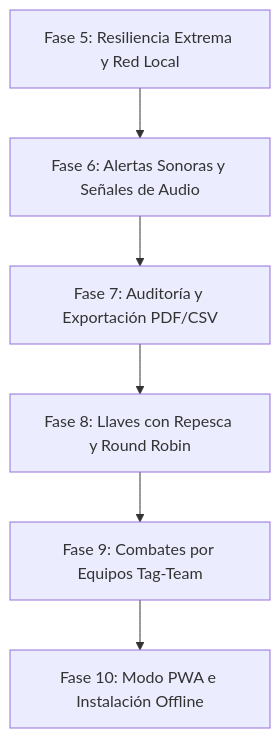
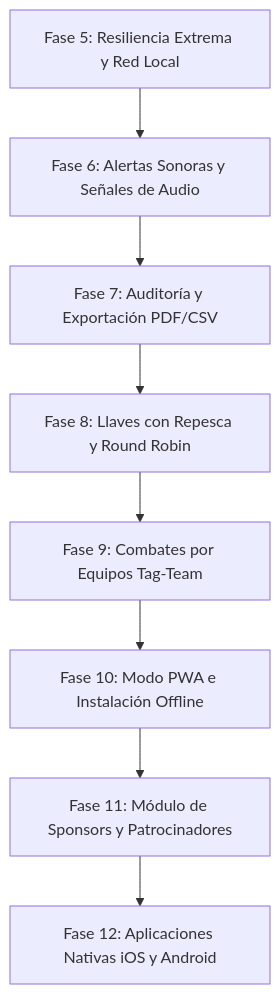
Before and after one commit to nicolassnider/corner-click: the diagram in docs/future-phases-plan.md, drawn with Mermaid. The commit also changed other lines of this file and 9 other files, not shown here.

````diff
--- a/docs/future-phases-plan.md
+++ b/docs/future-phases-plan.md
@@ -9,8 +9,10 @@
 ```mermaid
 graph TD
     F5[Fase 5: Resiliencia Extrema y Red Local] --> F6[Fase 6: Alertas Sonoras y Señales de Audio]
     F6 --> F7[Fase 7: Auditoría y Exportación PDF/CSV]
     F7 --> F8[Fase 8: Llaves con Repesca y Round Robin]
     F8 --> F9[Fase 9: Combates por Equipos Tag-Team]
     F9 --> F10[Fase 10: Modo PWA e Instalación Offline]
+    F10 --> F11[Fase 11: Módulo de Sponsors y Patrocinadores]
+    F11 --> F12[Fase 12: Aplicaciones Nativas iOS y Android]
 ```
````
